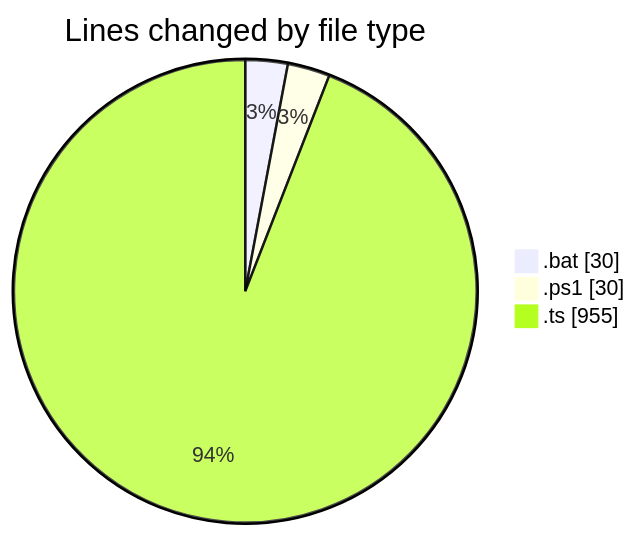
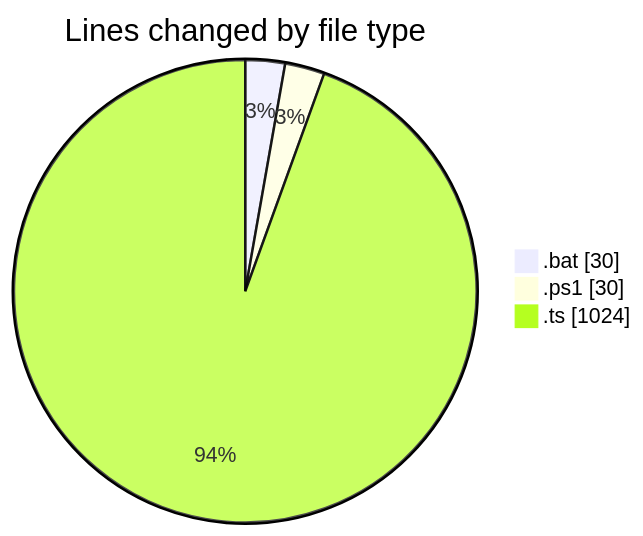
The first of 2 diagrams in 2025-09-11/hiai-phf/README.md (lephambinh05/code-tracking), drawn with Mermaid before and after one commit. The commit also changed other lines of this file and 1 other file, not shown here.

````diff
--- a/2025-09-11/hiai-phf/README.md
+++ b/2025-09-11/hiai-phf/README.md
@@ -22,7 +23,7 @@
 ```mermaid
 pie showData
 title Lines changed by file type
 ".bat" : 30
 ".ps1" : 30
-".ts" : 955
+".ts" : 1024
 ```
````
